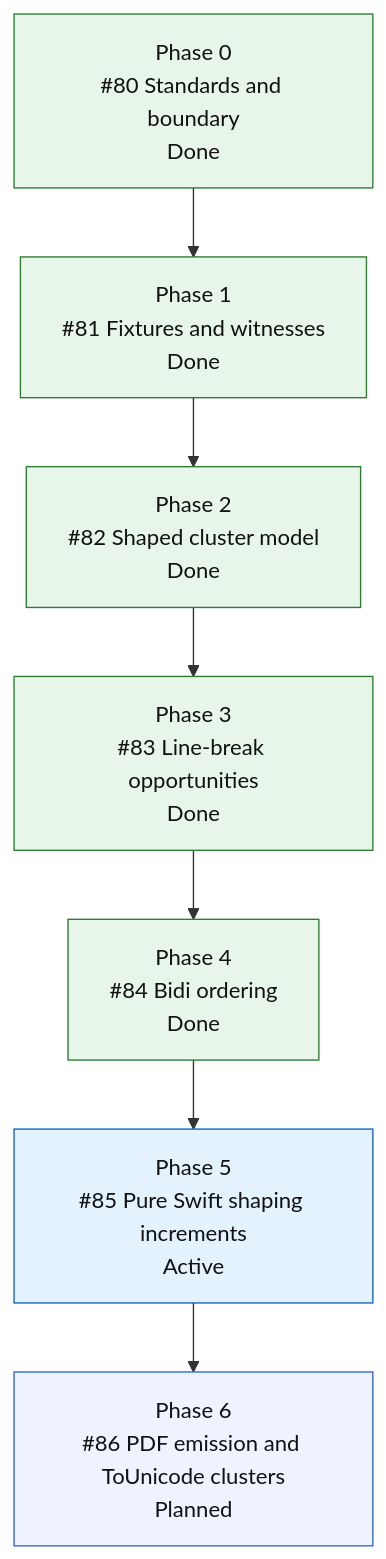
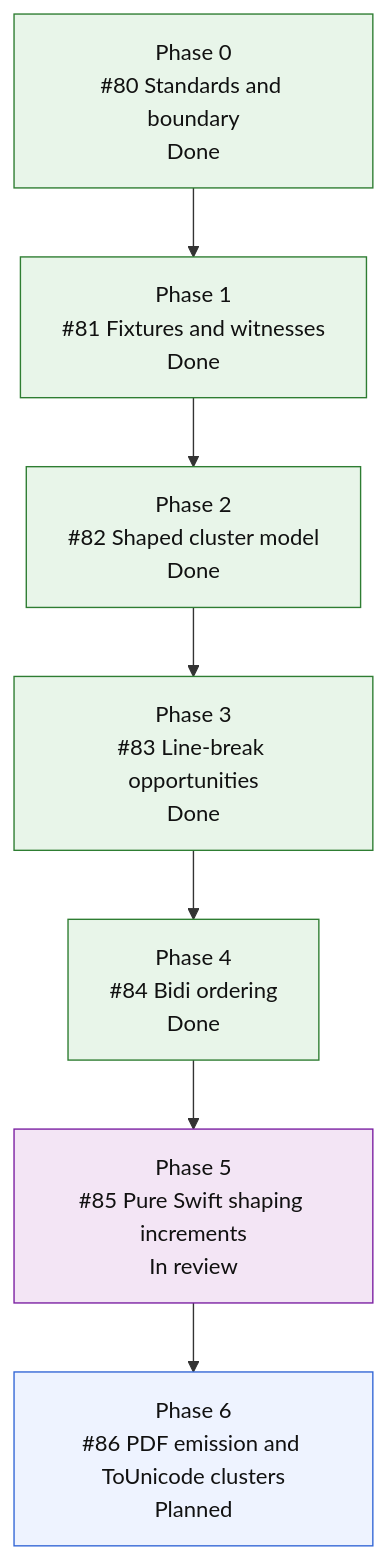
Before and after one commit to mihaelamj/MarkdownPDF: the fourth of 4 diagrams in README.md, drawn with Mermaid. The commit also changed 1 other file, not shown here.

Commit message:
docs(roadmap): mark shaping issue in review

````diff
--- a/README.md
+++ b/README.md
@@ -300,21 +300,21 @@
 ```mermaid
 flowchart TD
     S0["Phase 0<br/>#80 Standards and boundary<br/>Done"]
     S1["Phase 1<br/>#81 Fixtures and witnesses<br/>Done"]
     S2["Phase 2<br/>#82 Shaped cluster model<br/>Done"]
     S3["Phase 3<br/>#83 Line-break opportunities<br/>Done"]
     S4["Phase 4<br/>#84 Bidi ordering<br/>Done"]
-    S5["Phase 5<br/>#85 Pure Swift shaping increments<br/>Active"]
+    S5["Phase 5<br/>#85 Pure Swift shaping increments<br/>In review"]
     S6["Phase 6<br/>#86 PDF emission and ToUnicode clusters<br/>Planned"]
 
     S0 --> S1 --> S2 --> S3 --> S4 --> S5 --> S6
 
     classDef done fill:#e8f5e9,stroke:#2e7d32,color:#111;
     classDef active fill:#e3f2fd,stroke:#1565c0,color:#111;
     classDef review fill:#f3e5f5,stroke:#7b1fa2,color:#111;
     classDef next fill:#fff8e1,stroke:#f9a825,color:#111;
     classDef todo fill:#eef3ff,stroke:#3367d6,color:#111;
     class S0,S1,S2,S3,S4 done;
-    class S5 active;
+    class S5 review;
     class S6 todo;
 ```
````
